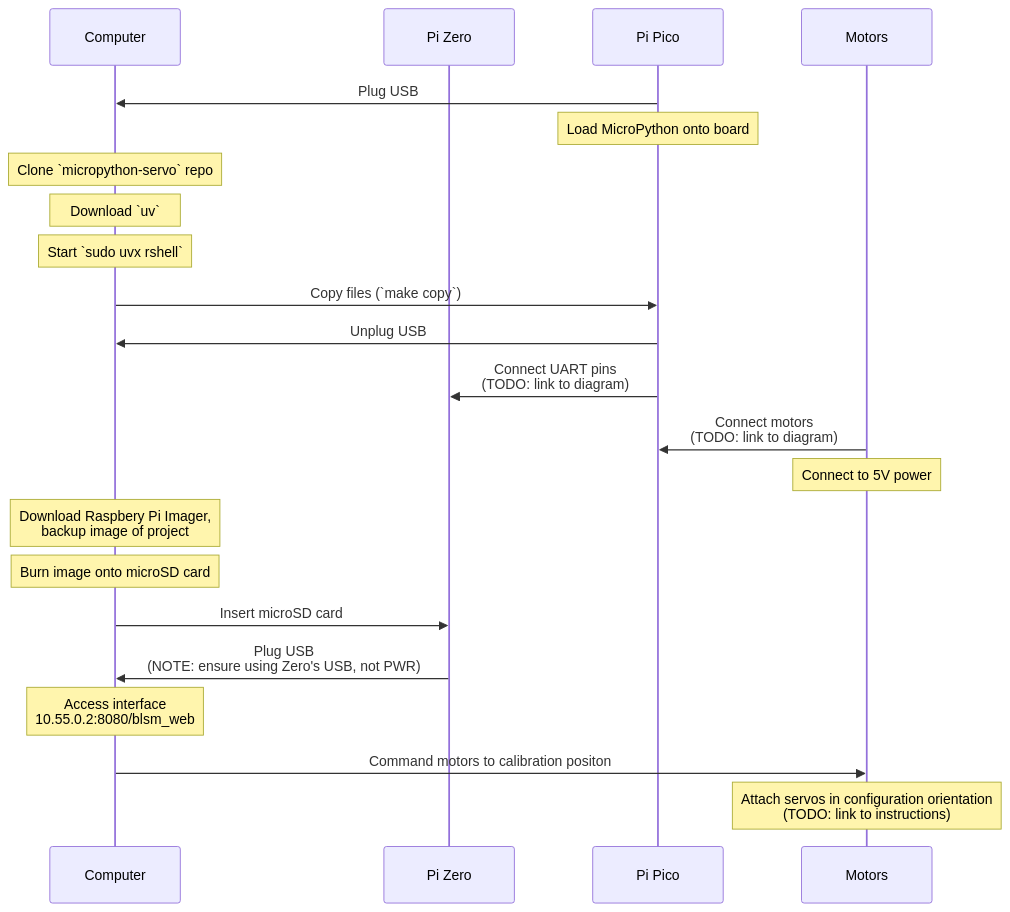
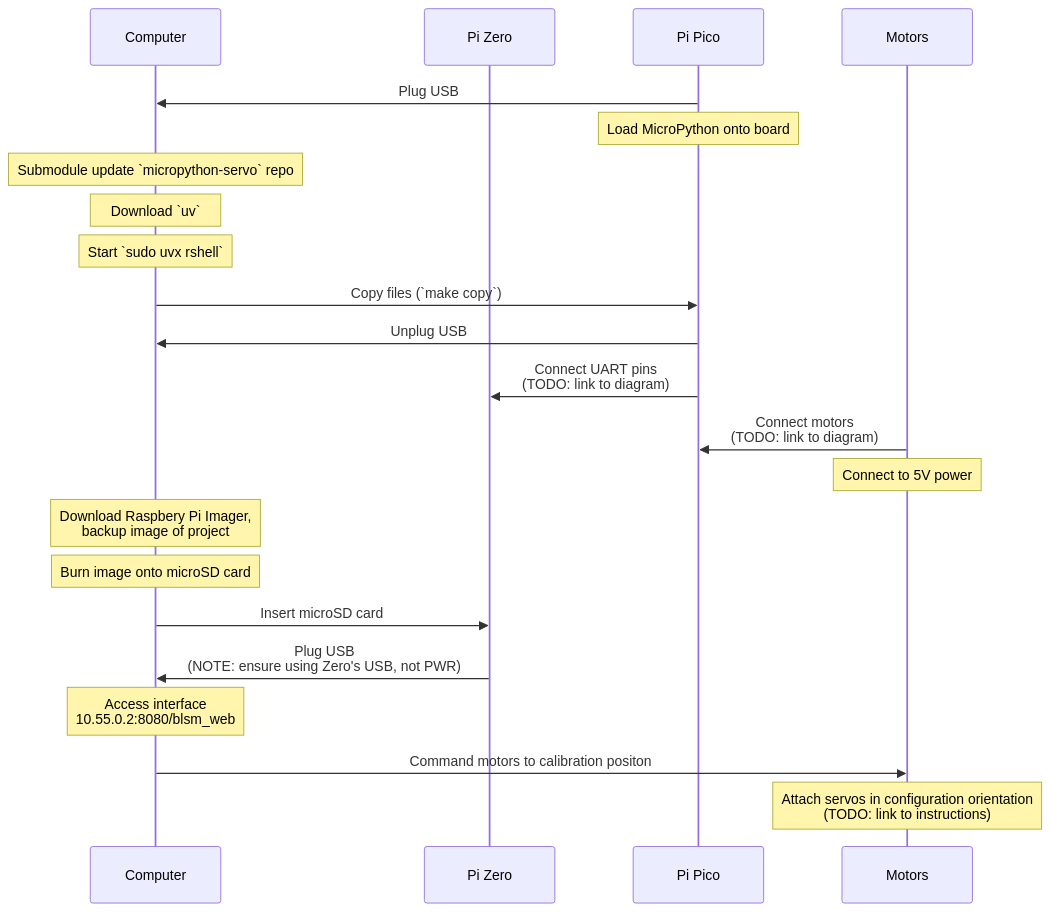
One commit to msgtn/r0b0 changed the diagram in docs/blsm.md. Above: the diagram before and after it, drawn with Mermaid. The commit also changed 1 other file, not shown here.

Commit message:
chore: add micropython-servo submodule

````diff
--- a/docs/blsm.md
+++ b/docs/blsm.md
@@ -98,28 +98,28 @@
 ```mermaid
 sequenceDiagram
 	participant comp as Computer
 	participant zero as Pi Zero
 	participant pico as Pi Pico
 	participant motors as Motors
 
 	pico ->> comp: Plug USB
 	note over pico: Load MicroPython onto board
-	note over comp: Clone `micropython-servo` repo
+	note over comp: Submodule update `micropython-servo` repo
 	note over comp: Download `uv`
 	note over comp: Start `sudo uvx rshell`
 	comp ->> pico: Copy files (`make copy`)
 	pico ->> comp: Unplug USB
 	pico ->> zero: Connect UART pins<br>(TODO: link to diagram)
 	motors ->> pico: Connect motors<br>(TODO: link to diagram)
 	note over motors: Connect to 5V power
 
 	note over comp: Download Raspbery Pi Imager,<br>backup image of project
 	note over comp: Burn image onto microSD card
 	comp ->> zero: Insert microSD card
 	zero ->> comp: Plug USB<br>(NOTE: ensure using Zero's USB, not PWR)
 
 	note over comp: Access interface<br>10.55.0.2:8080/blsm_web
 	comp ->> motors: Command motors to calibration positon
 	note over motors: Attach servos in configuration orientation<br>(TODO: link to instructions)
 	
 ```
````
